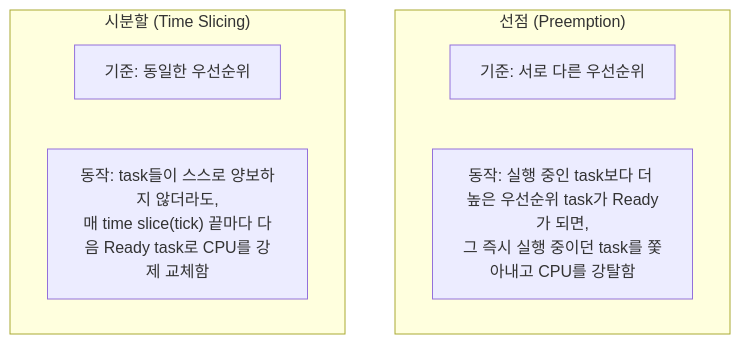
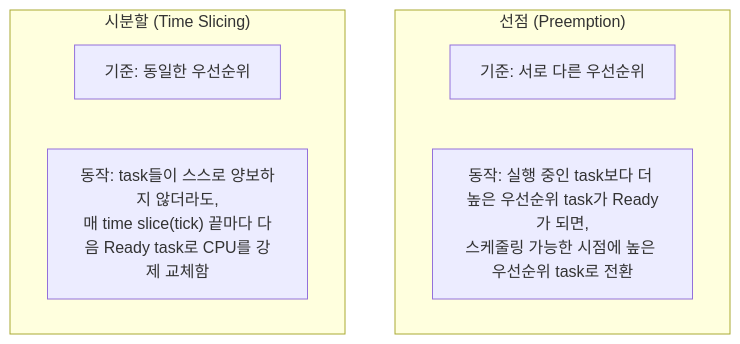
The first of 2 diagrams in ko/guides/tutorial_6.md (yunju-baek/FreeRTOS-Tutorials-ko), drawn with Mermaid before and after one commit. The commit also changed other lines of this file and 37 other files, not shown here.

````diff
--- a/ko/guides/tutorial_6.md
+++ b/ko/guides/tutorial_6.md
@@ -45,12 +47,12 @@
 ```mermaid
 flowchart TD
     subgraph Preemption["선점 (Preemption)"]
         P1["기준: 서로 다른 우선순위"]
-        P2["동작: 실행 중인 task보다 더 높은 우선순위 task가 Ready가 되면,<br/>그 즉시 실행 중이던 task를 쫓아내고 CPU를 강탈함"]
+        P2["동작: 실행 중인 task보다 더 높은 우선순위 task가 Ready가 되면,<br/>스케줄링 가능한 시점에 높은 우선순위 task로 전환"]
     end
 
     subgraph TimeSlicing["시분할 (Time Slicing)"]
         T1["기준: 동일한 우선순위"]
         T2["동작: task들이 스스로 양보하지 않더라도,<br/>매 time slice(tick) 끝마다 다음 Ready task로 CPU를 강제 교체함"]
     end
 ```
````
